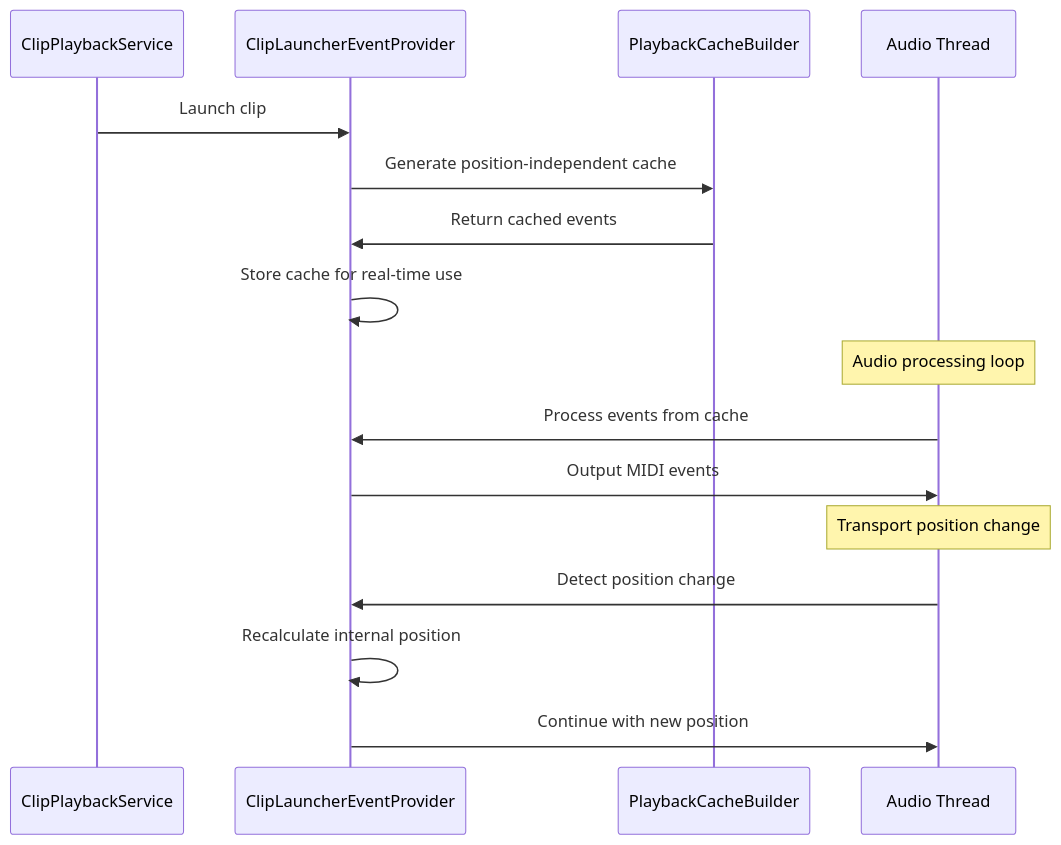
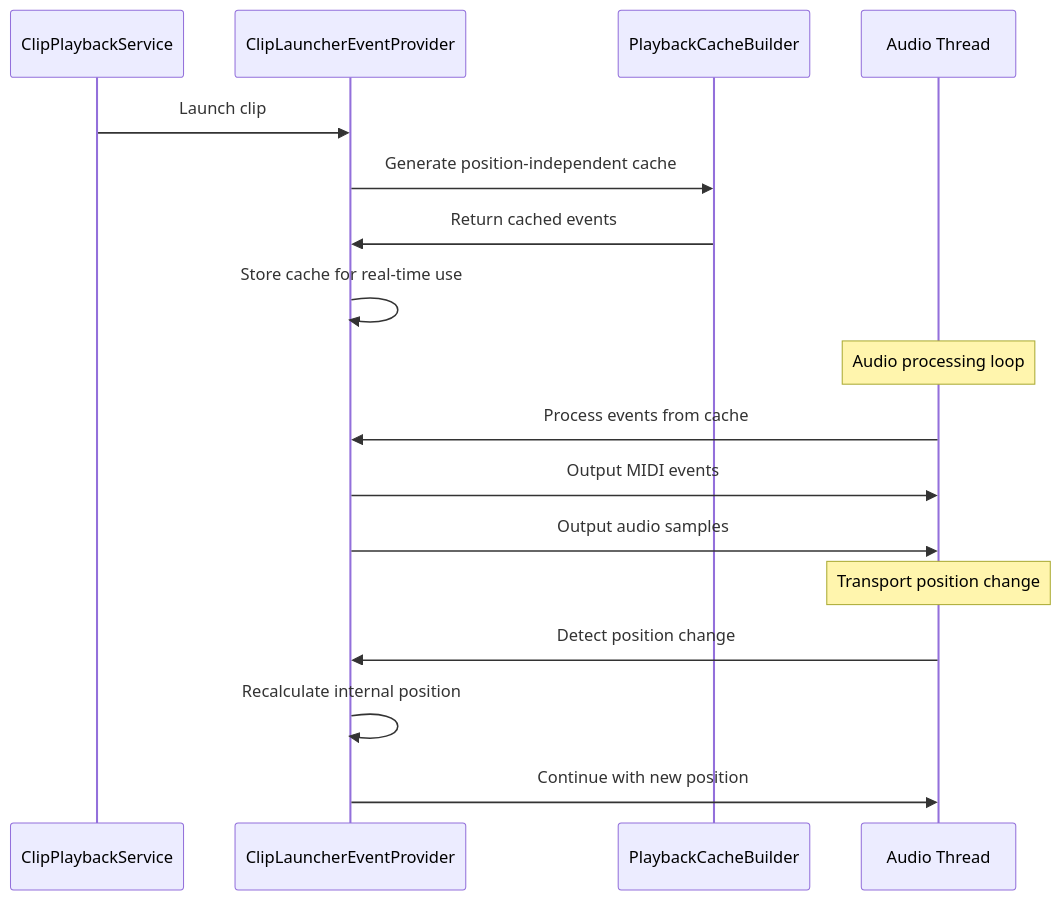
Diagram 13 of 17 in doc/dev/scenes_architecture.md (zrythm/zrythm), drawn with Mermaid before and after one commit. The commit also changed other lines of this file and 38 other files, not shown here.

First line of the commit message:
TrackProcessor: add audio timeline/clip launcher providers

````diff
--- a/doc/dev/scenes_architecture.md
+++ b/doc/dev/scenes_architecture.md
@@ -262,21 +266,22 @@
 ```mermaid
 sequenceDiagram
     participant Service as ClipPlaybackService
     participant Provider as ClipLauncherEventProvider
     participant Cache as PlaybackCacheBuilder
     participant Audio as Audio Thread
 
     Service->>Provider: Launch clip
     Provider->>Cache: Generate position-independent cache
     Cache->>Provider: Return cached events
     Provider->>Provider: Store cache for real-time use
 
     Note over Audio: Audio processing loop
     Audio->>Provider: Process events from cache
     Provider->>Audio: Output MIDI events
+    Provider->>Audio: Output audio samples
 
     Note over Audio: Transport position change
     Audio->>Provider: Detect position change
     Provider->>Provider: Recalculate internal position
     Provider->>Audio: Continue with new position
 ```
````
